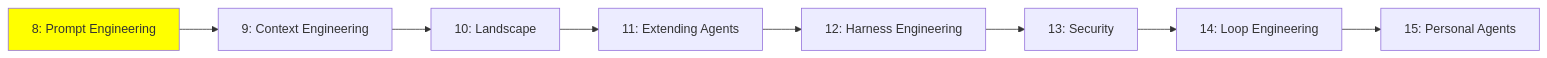
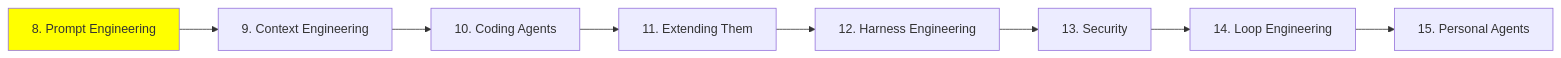
One commit to lokumai/ai-engineering-bazaar changed the second of 2 diagrams in mini-courses/2_intermediate/8_prompt_engineering_tr.md. Above: the diagram before and after it, drawn with Mermaid. The commit also changed other lines of this file and 3 other files, not shown here.

First line of the commit message:
docs(module 8): translate Prompt Engineering into Turkish

````diff
--- a/mini-courses/2_intermediate/8_prompt_engineering_tr.md
+++ b/mini-courses/2_intermediate/8_prompt_engineering_tr.md
@@ -16,11 +426,11 @@
 ```mermaid
 graph LR
-    A[8: Prompt Engineering] --> B[9: Context Engineering]
-    B --> C[10: Landscape]
-    C --> D[11: Extending Agents]
-    D --> E[12: Harness Engineering]
-    E --> F[13: Security]
-    F --> G[14: Loop Engineering]
-    G --> H[15: Personal Agents]
+    A[8. Prompt Engineering] --> B[9. Context Engineering]
+    B --> C[10. Coding Agents]
+    C --> D[11. Extending Them]
+    D --> E[12. Harness Engineering]
+    E --> F[13. Security]
+    F --> G[14. Loop Engineering]
+    G --> H[15. Personal Agents]
     style A fill:#FFFF00
 ```
````
